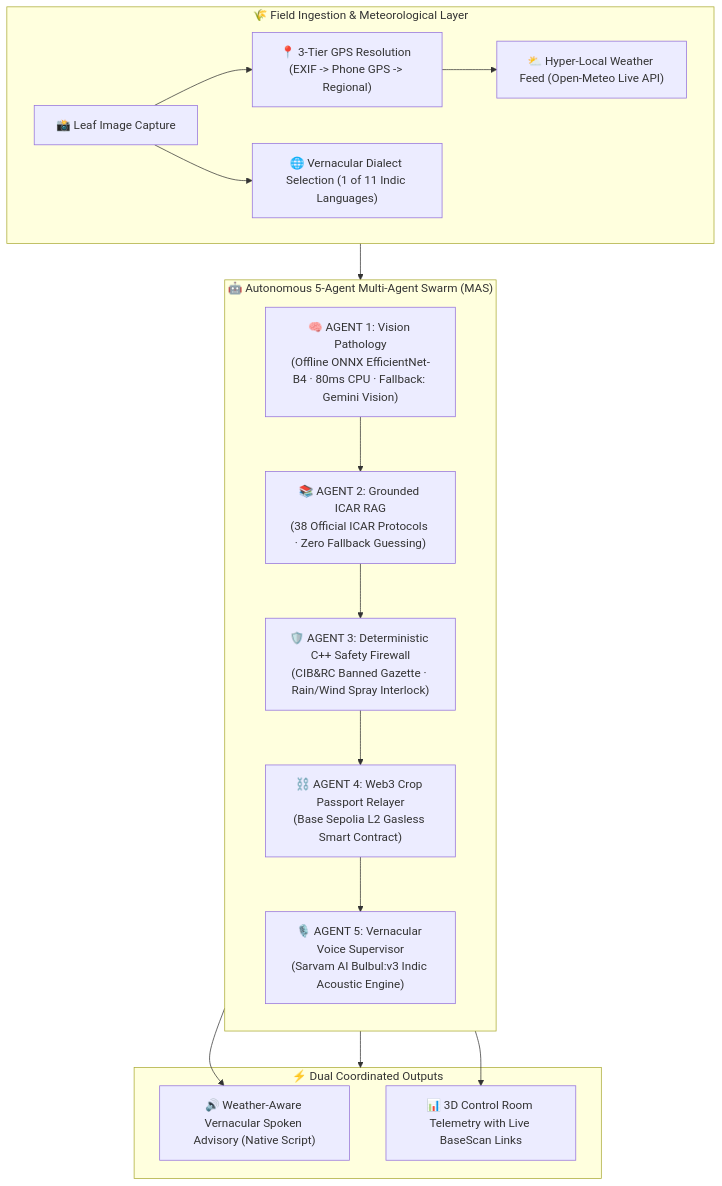
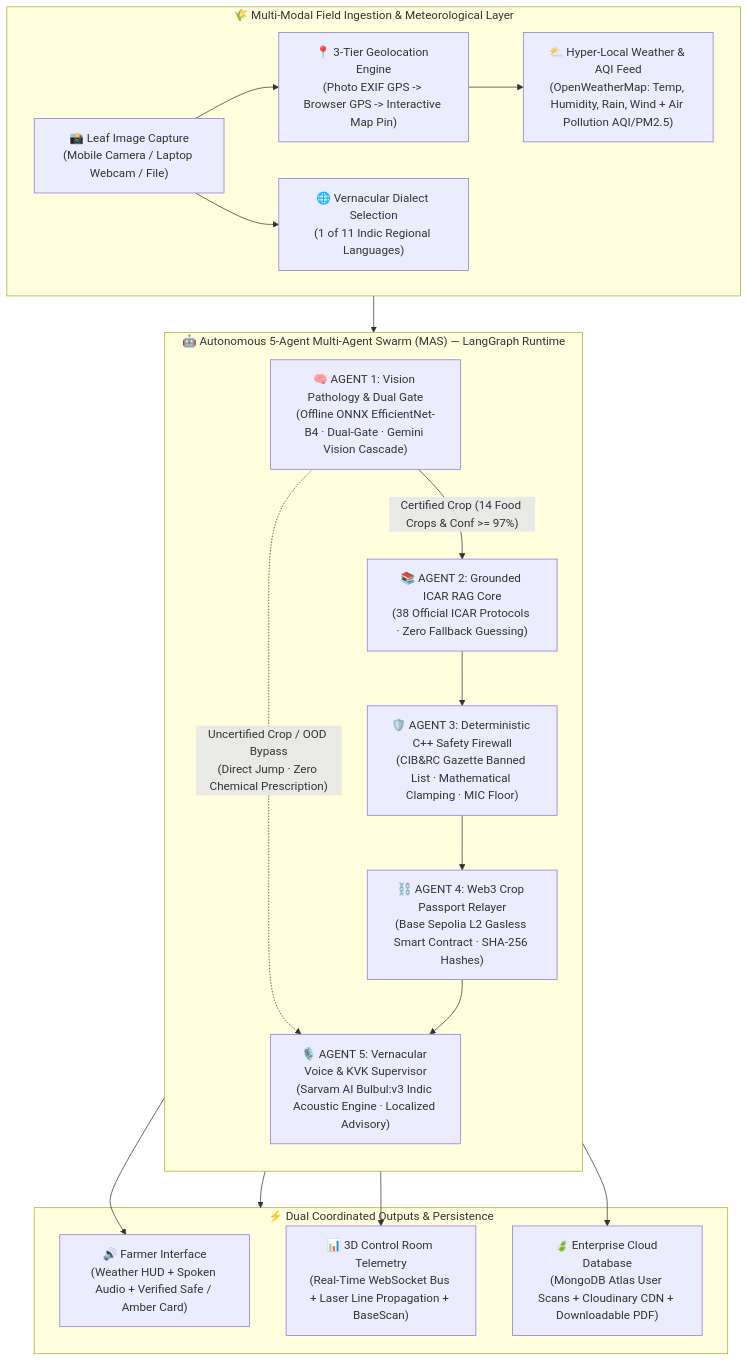
One commit to Player1205/AgriNexus changed the diagram in README.md. Above: the diagram before and after it, drawn with Mermaid. The commit also changed other lines of this file and 1 other file, not shown here.

Commit message:
docs(readme): synchronize README.md with production system architecture and add ADR-089

````diff
--- a/README.md
+++ b/README.md
@@ -126,25 +131,30 @@
 ```mermaid
 flowchart TD
-    subgraph IN ["🌾 Field Ingestion & Meteorological Layer"]
-        A["📸 Leaf Image Capture"] --> B["📍 3-Tier GPS Resolution (EXIF -> Phone GPS -> Regional)"]
-        B --> C["⛅ Hyper-Local Weather Feed (Open-Meteo Live API)"]
-        A --> D["🌐 Vernacular Dialect Selection (1 of 11 Indic Languages)"]
+    subgraph IN ["🌾 Multi-Modal Field Ingestion & Meteorological Layer"]
+        A["📸 Leaf Image Capture\n(Mobile Camera / Laptop Webcam / File)"] --> B["📍 3-Tier Geolocation Engine\n(Photo EXIF GPS -> Browser GPS -> Interactive Map Pin)"]
+        B --> C["⛅ Hyper-Local Weather & AQI Feed\n(OpenWeatherMap: Temp, Humidity, Rain, Wind + Air Pollution AQI/PM2.5)"]
+        A --> D["🌐 Vernacular Dialect Selection\n(1 of 11 Indic Regional Languages)"]
     end
 
-    subgraph SWARM ["🤖 Autonomous 5-Agent Multi-Agent Swarm (MAS)"]
+    subgraph SWARM ["🤖 Autonomous 5-Agent Multi-Agent Swarm (MAS) — LangGraph Runtime"]
         direction TB
-        E["🧠 AGENT 1: Vision Pathology\n(Offline ONNX EfficientNet-B4 · 80ms CPU · Fallback: Gemini Vision)"]
-        --> F["📚 AGENT 2: Grounded ICAR RAG\n(38 Official ICAR Protocols · Zero Fallback Guessing)"]
-        --> G["🛡️ AGENT 3: Deterministic C++ Safety Firewall\n(CIB&RC Banned Gazette · Rain/Wind Spray Interlock)"]
-        --> H["⛓️ AGENT 4: Web3 Crop Passport Relayer\n(Base Sepolia L2 Gasless Smart Contract)"]
-        --> I["🎙️ AGENT 5: Vernacular Voice Supervisor\n(Sarvam AI Bulbul:v3 Indic Acoustic Engine)"]
+        E["🧠 AGENT 1: Vision Pathology & Dual Gate\n(Offline ONNX EfficientNet-B4 · Dual-Gate · Gemini Vision Cascade)"]
+        
+        %% Conditional Early Exit Routing
+        E -- "Certified Crop (14 Food Crops & Conf >= 97%)" --> F["📚 AGENT 2: Grounded ICAR RAG Core\n(38 Official ICAR Protocols · Zero Fallback Guessing)"]
+        E -. "Uncertified Crop / OOD Bypass\n(Direct Jump · Zero Chemical Prescription)" .-> I
+        
+        F --> G["🛡️ AGENT 3: Deterministic C++ Safety Firewall\n(CIB&RC Gazette Banned List · Mathematical Clamping · MIC Floor)"]
+        G --> H["⛓️ AGENT 4: Web3 Crop Passport Relayer\n(Base Sepolia L2 Gasless Smart Contract · SHA-256 Hashes)"]
+        H --> I["🎙️ AGENT 5: Vernacular Voice & KVK Supervisor\n(Sarvam AI Bulbul:v3 Indic Acoustic Engine · Localized Advisory)"]
     end
 
-    subgraph OUT ["⚡ Dual Coordinated Outputs"]
-        I --> J["🔊 Weather-Aware Vernacular Spoken Advisory (Native Script)"]
-        H --> K["📊 3D Control Room Telemetry with Live BaseScan Links"]
+    subgraph OUT ["⚡ Dual Coordinated Outputs & Persistence"]
+        I --> J["🔊 Farmer Interface\n(Weather HUD + Spoken Audio + Verified Safe / Amber Card)"]
+        H --> K["📊 3D Control Room Telemetry\n(Real-Time WebSocket Bus + Laser Line Propagation + BaseScan)"]
+        I --> L["🍃 Enterprise Cloud Database\n(MongoDB Atlas User Scans + Cloudinary CDN + Downloadable PDF)"]
     end
 
     IN --> SWARM
     SWARM --> OUT
 ```
````
